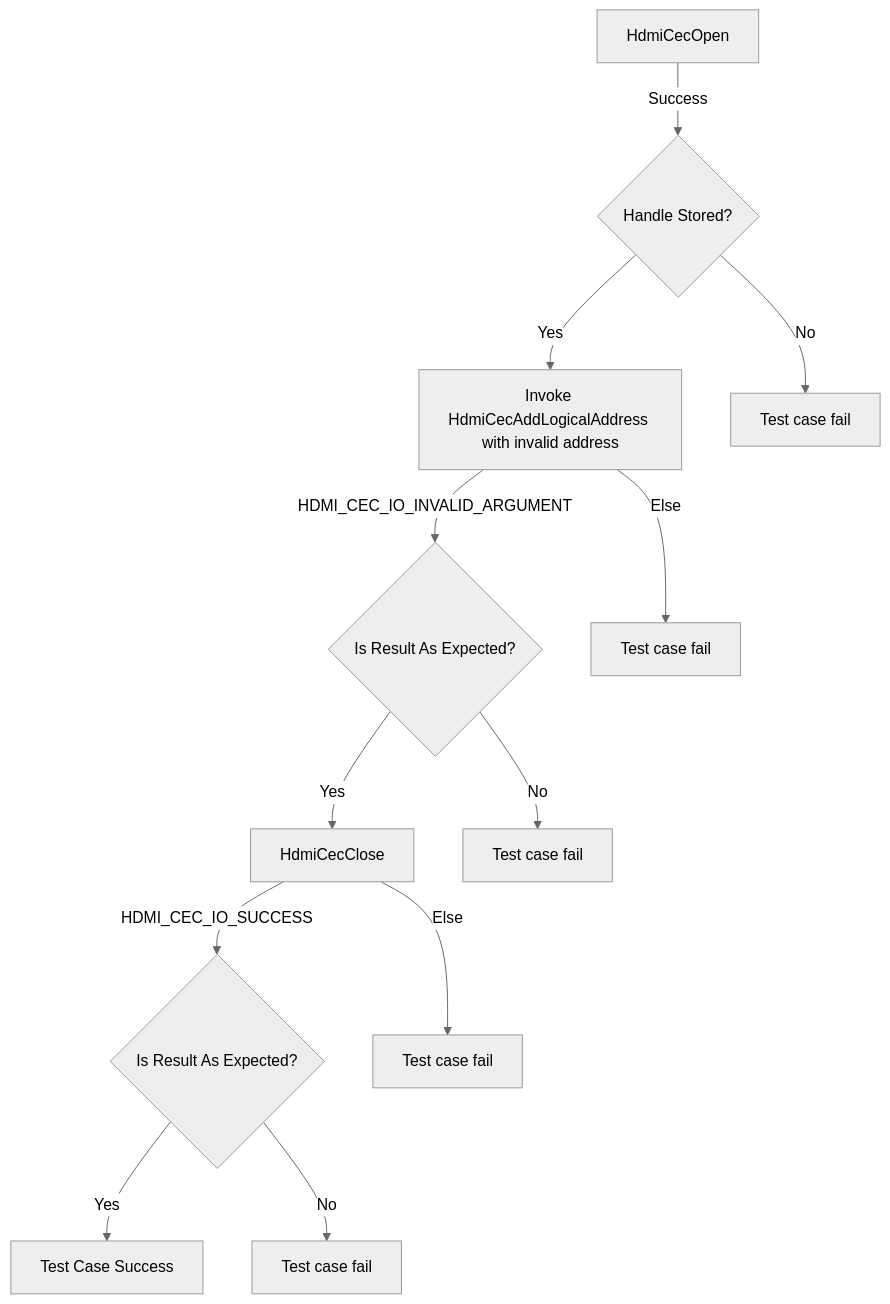
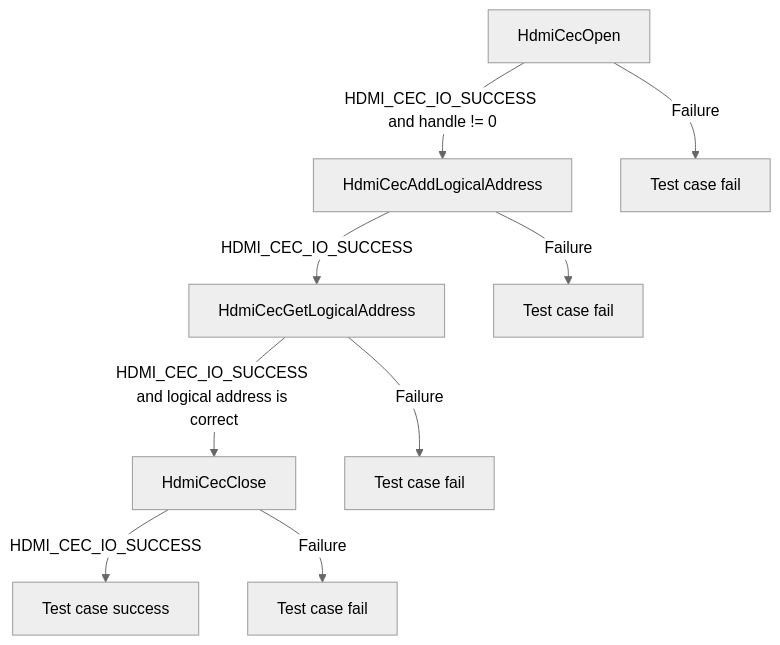
One commit to rdkcentral/rdk-halif-test-hdmi_cec changed the second of 6 diagrams in docs/pages/l2_hdmi_cec_driver_test_specification.md. Above: the diagram before and after it, drawn with Mermaid (neutral theme). The commit also changed other lines of this file and 5 other files, not shown here.

Commit message:
Develop HDMI CEC L2 test suite Modified test suite based on new MD file

````diff
--- a/docs/pages/l2_hdmi_cec_driver_test_specification.md
+++ b/docs/pages/l2_hdmi_cec_driver_test_specification.md
@@ -67,14 +125,11 @@
 ```mermaid
-graph TD
-A[HdmiCecOpen] -->|Success| B{Handle Stored?}
-B -->|Yes| C[Invoke HdmiCecAddLogicalAddress with invalid address]
-B -->|No| BF[Test case fail]
-C -->|HDMI_CEC_IO_INVALID_ARGUMENT| D{Is Result As Expected?}
-C -->|Else| CF[Test case fail]
-D -->|Yes| E[HdmiCecClose]
-D -->|No| DF[Test case fail]
-E -->|HDMI_CEC_IO_SUCCESS| F{Is Result As Expected?}
-E -->|Else| EF[Test case fail]
-F -->|Yes| G[Test Case Success]
-F -->|No| FF[Test case fail]
+graph TB
+A[HdmiCecOpen] -->|HDMI_CEC_IO_SUCCESS and handle != 0| B[HdmiCecAddLogicalAddress]
+A -->|Failure| A1[Test case fail]
+B -->|HDMI_CEC_IO_SUCCESS| C[HdmiCecGetLogicalAddress]
+B -->|Failure| B1[Test case fail]
+C -->|HDMI_CEC_IO_SUCCESS and logical address is correct| D[HdmiCecClose]
+C -->|Failure| C1[Test case fail]
+D -->|HDMI_CEC_IO_SUCCESS| E[Test case success]
+D -->|Failure| D1[Test case fail]
 ```
````
